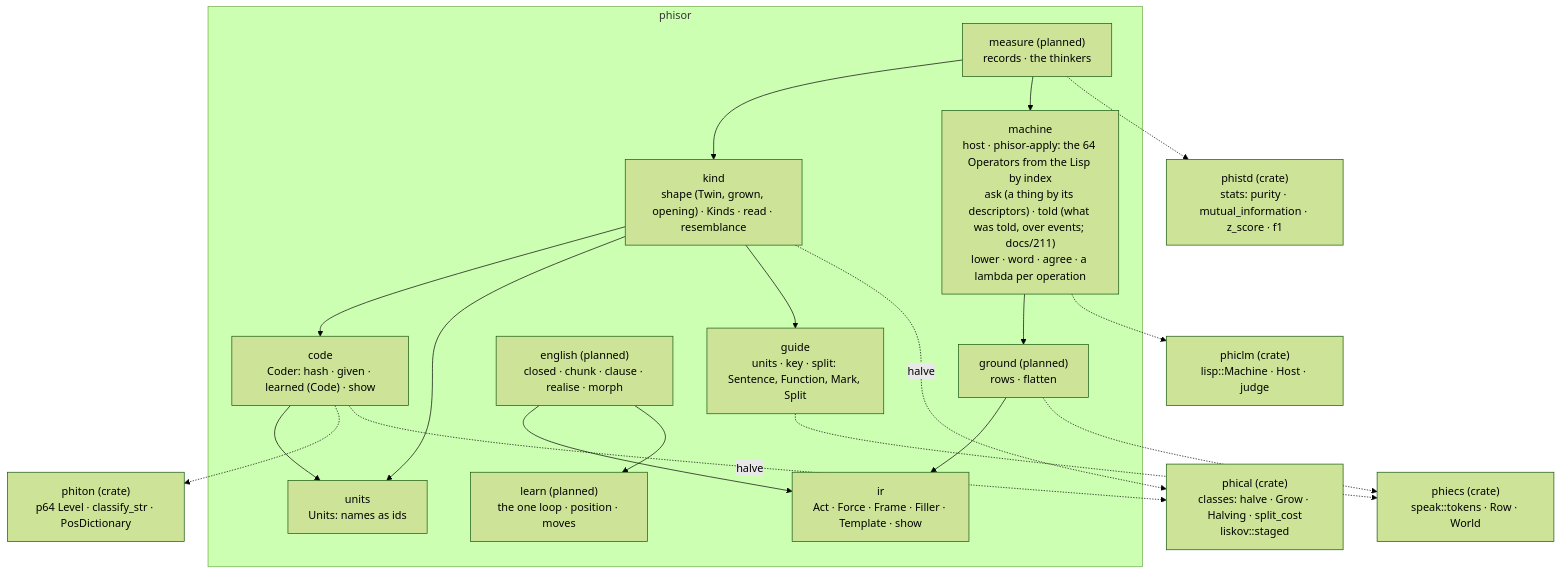
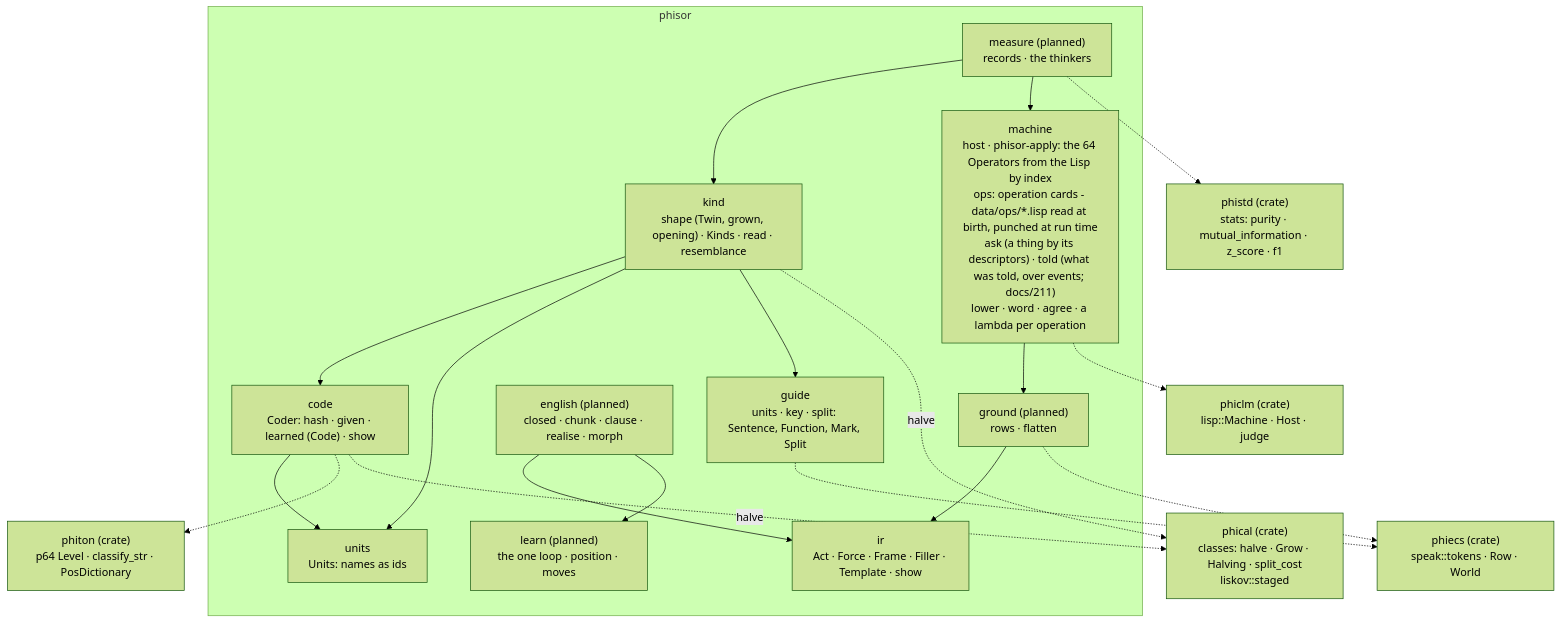
The first of 3 diagrams in crates/phisor/ARCHITECTURE.md (gemphi/phinet), drawn with Mermaid (forest theme) before and after one commit. The commit also changed 7 other files, not shown here.

Commit message:
phisor machine: operation cards - operators as lambdas in data/ops/*.lisp, loaded at every machine's birth, punched at run time (ops::add); told answers through the told-answer card

````diff
--- a/crates/phisor/ARCHITECTURE.md
+++ b/crates/phisor/ARCHITECTURE.md
@@ -5,37 +5,37 @@
 ```mermaid
 graph TB
     subgraph crate["phisor"]
         ir["ir<br/>Act · Force · Frame · Filler · Template · show"]
         guide["guide<br/>units · key · split: Sentence, Function, Mark, Split"]
         code["code<br/>Coder: hash · given · learned (Code) · show"]
         kind["kind<br/>shape (Twin, grown, opening) · Kinds · read · resemblance"]
         units["units<br/>Units: names as ids"]
         english["english (planned)<br/>closed · chunk · clause · realise · morph"]
         learn["learn (planned)<br/>the one loop · position · moves"]
         ground["ground (planned)<br/>rows · flatten"]
-        machine["machine<br/>host · phisor-apply: the 64 Operators from the Lisp by index<br/>ask (a thing by its descriptors) · told (what was told, over events; docs/211)<br/>lower · word · agree · a lambda per operation"]
+        machine["machine<br/>host · phisor-apply: the 64 Operators from the Lisp by index<br/>ops: operation cards - data/ops/*.lisp read at birth, punched at run time<br/>ask (a thing by its descriptors) · told (what was told, over events; docs/211)<br/>lower · word · agree · a lambda per operation"]
         measure["measure (planned)<br/>records · the thinkers"]
     end
     code --> units
     kind --> code
     kind --> units
     kind --> guide
     english --> ir
     english --> learn
     ground --> ir
     machine --> ground
     measure --> kind
     measure --> machine
     X_phiton["phiton (crate)<br/>p64 Level · classify_str · PosDictionary"]
     X_phical["phical (crate)<br/>classes: halve · Grow · Halving · split_cost<br/>liskov::staged"]
     X_phistd["phistd (crate)<br/>stats: purity · mutual_information · z_score · f1"]
     X_phiecs["phiecs (crate)<br/>speak::tokens · Row · World"]
     X_phiclm["phiclm (crate)<br/>lisp::Machine · Host · judge"]
     code -.-> X_phiton
     code -.->|"halve"| X_phical
     kind -.->|"halve"| X_phical
     guide -.-> X_phiecs
     ground -.-> X_phiecs
     machine -.-> X_phiclm
     measure -.-> X_phistd
 ```
````
